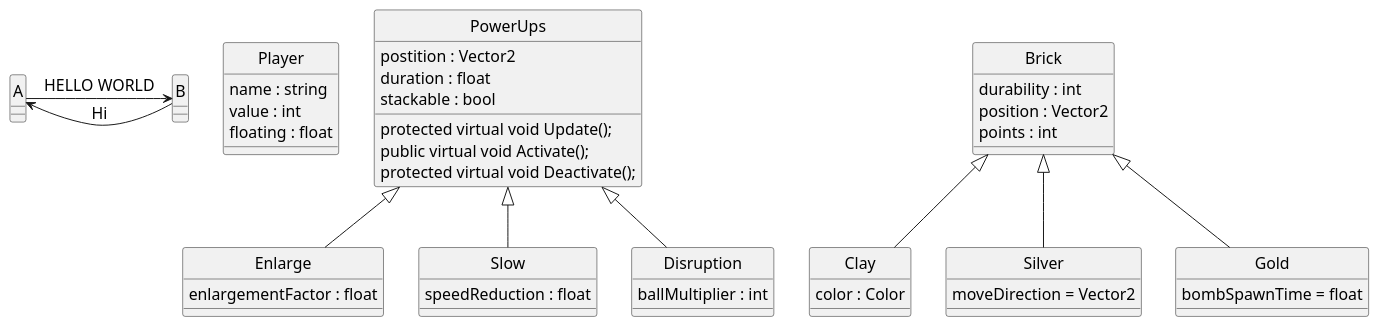
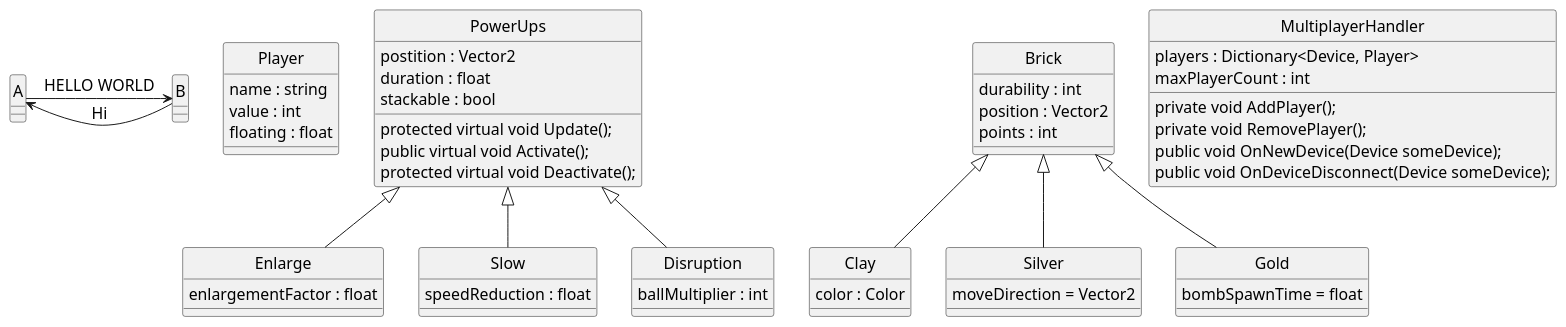
One commit to RitchiDev/GROUP-Domain-Decomposition-Git changed the diagram in Breakout.plantuml. Above: the diagram before and after it, drawn with PlantUML.

Commit message:
Multiplayer UML

```diff
--- a/Breakout.plantuml
+++ b/Breakout.plantuml
@@ -1,72 +1,82 @@
 @startuml Breakout
 skinparam style strictuml
 skinparam SequenceMessageAlignment center
 skinparam DefaultFontName Arial
 skinparam DefaultFontSize 16
 skinparam DefaultFontStyle bold
 
 A -> B : HELLO WORLD
 A <- B : Hi
 
 class "Player" as Player
 {
     name : string
     value : int
     floating : float
 }
 
 Powerups <|-- Enlarge
 Powerups <|-- Slow
 Powerups <|-- Disruption
 class "PowerUps" as Powerups
 {
     postition : Vector2
     duration : float
     stackable : bool
     
     protected virtual void Update();
     public virtual void Activate();
     protected virtual void Deactivate();
 }
 
 class "Enlarge" as Enlarge
 {
     enlargementFactor : float
 }
 
 class "Slow" as Slow
 {
     speedReduction : float
 }
 
 class "Disruption" as Disruption
 {
     ballMultiplier : int
 }
 
 class "Brick" as Brick
 {
     durability : int
     position : Vector2
     points : int
 }
 
 Brick <|-- Clay
 class "Clay" as Clay
 {
     color : Color
 }
 
 Brick <|-- Silver
 class "Silver" as Silver
 {
     moveDirection = Vector2
 }
 
 Brick <|-- Gold
 class "Gold" as Gold
 {
     bombSpawnTime = float
 }
 
+class MultiplayerHandler
+{
+    players : Dictionary<Device, Player> 
+    maxPlayerCount : int
+
+    private void AddPlayer();
+    private void RemovePlayer();
+    public void OnNewDevice(Device someDevice);
+    public void OnDeviceDisconnect(Device someDevice);
+}
 @enduml
```
